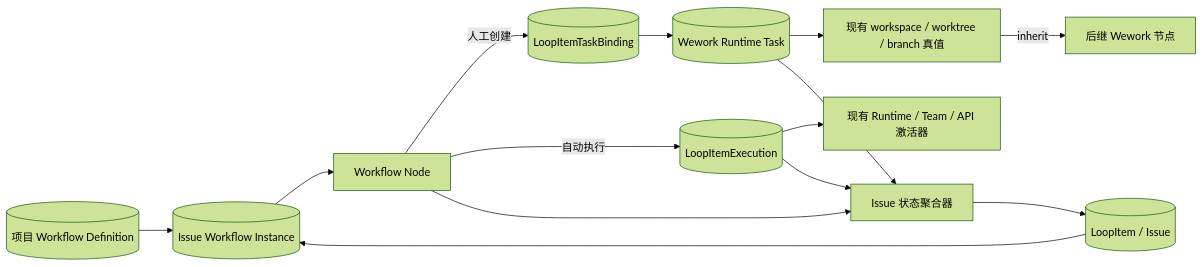
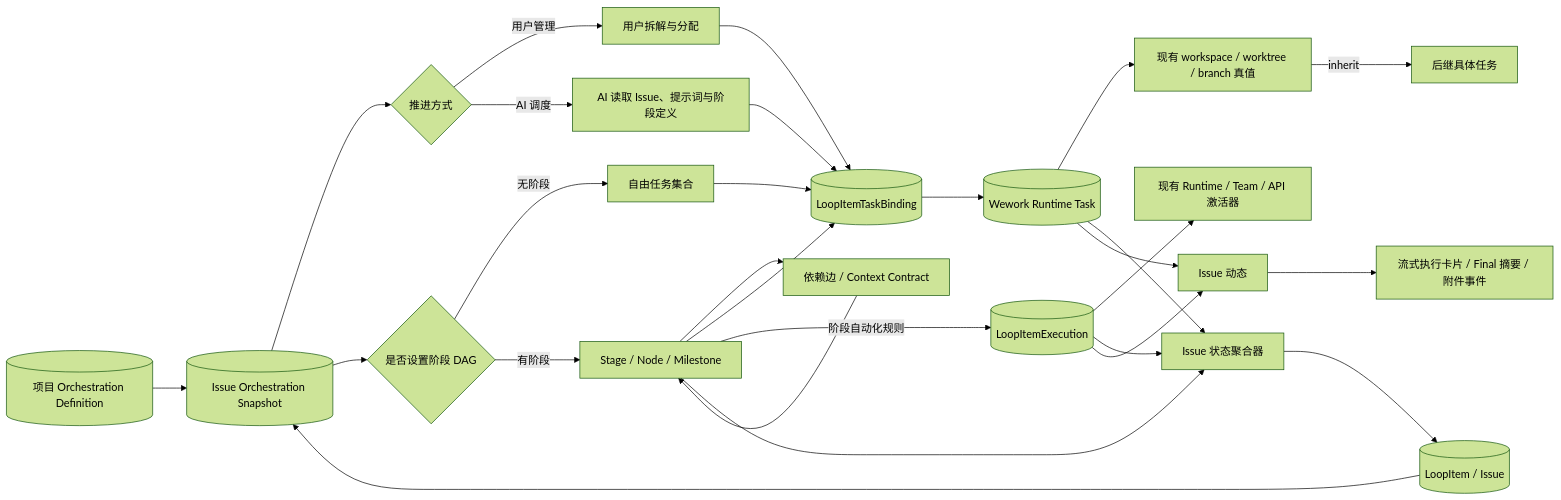
One commit to wecode-ai/Wegent changed the first of 2 diagrams in docs/zh/architecture/issue-task-workflow.md. Above: the diagram before and after it, drawn with Mermaid (forest theme). The commit also changed other lines of this file and 41 other files, not shown here.

Commit message:
feat(wework): redesign issue task orchestration

````diff
--- a/docs/zh/architecture/issue-task-workflow.md
+++ b/docs/zh/architecture/issue-task-workflow.md
@@ -9,16 +9,29 @@
 ```mermaid
 flowchart LR
-    TEMPLATE[(项目 Workflow Definition)] --> SNAPSHOT[(Issue Workflow Instance)]
+    TEMPLATE[(项目 Orchestration Definition)] --> SNAPSHOT[(Issue Orchestration Snapshot)]
     ISSUE[(LoopItem / Issue)] --> SNAPSHOT
-    SNAPSHOT --> NODE[Workflow Node]
-    NODE -->|人工创建| BINDING[(LoopItemTaskBinding)]
+    SNAPSHOT --> MODE{推进方式}
+    MODE -->|用户管理| HUMAN[用户拆解与分配]
+    MODE -->|AI 调度| AI[AI 读取 Issue、提示词与阶段定义]
+    SNAPSHOT --> GRAPH{是否设置阶段 DAG}
+    GRAPH -->|无阶段| FREE[自由任务集合]
+    GRAPH -->|有阶段| STAGE[Stage / Node / Milestone]
+    STAGE --> EDGE[依赖边 / Context Contract]
+    EDGE --> STAGE
+    HUMAN --> BINDING[(LoopItemTaskBinding)]
+    AI --> BINDING
+    FREE --> BINDING
+    STAGE --> BINDING
     BINDING --> TASK[(Wework Runtime Task)]
-    NODE -->|自动执行| EXEC[(LoopItemExecution)]
+    STAGE -->|阶段自动化规则| EXEC[(LoopItemExecution)]
     EXEC --> RUNTIME[现有 Runtime / Team / API 激活器]
     TASK --> WORKSPACE[现有 workspace / worktree / branch 真值]
-    WORKSPACE -->|inherit| NEXT[后继 Wework 节点]
+    WORKSPACE -->|inherit| NEXT[后继具体任务]
     TASK --> AGGREGATE[Issue 状态聚合器]
     EXEC --> AGGREGATE
-    NODE --> AGGREGATE
+    STAGE --> AGGREGATE
     AGGREGATE --> ISSUE
+    TASK --> ACTIVITY[Issue 动态]
+    EXEC --> ACTIVITY
+    ACTIVITY --> STREAM[流式执行卡片 / Final 摘要 / 附件事件]
 ```
````
